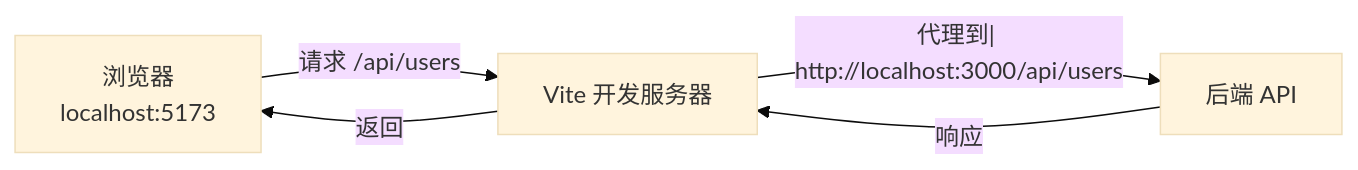
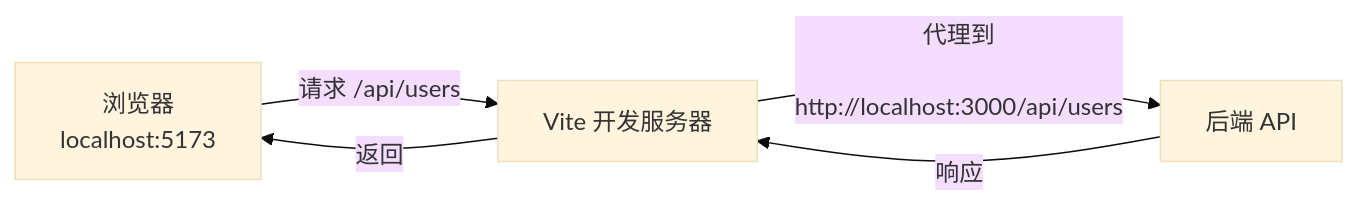
The third of 3 diagrams in content/Js/frameworks/react/Chapter-23-Vite-Advanced-Configuration.md (before80/prgms), drawn with Mermaid (base theme) before and after one commit. The commit also changed 1645 other files, not shown here.

````diff
--- a/content/Js/frameworks/react/Chapter-23-Vite-Advanced-Configuration.md
+++ b/content/Js/frameworks/react/Chapter-23-Vite-Advanced-Configuration.md
@@ -174,6 +174,6 @@
 ```mermaid
 flowchart LR
     A["浏览器\nlocalhost:5173"] -->|"请求 /api/users"| B["Vite 开发服务器"]
-    B -->|"代理到| http://localhost:3000/api/users"| C["后端 API"]
+    B -->|"代理到<br/> http://localhost:3000/api/users"| C["后端 API"]
     C -->|"响应"| B -->|"返回"| A
 ```
````
